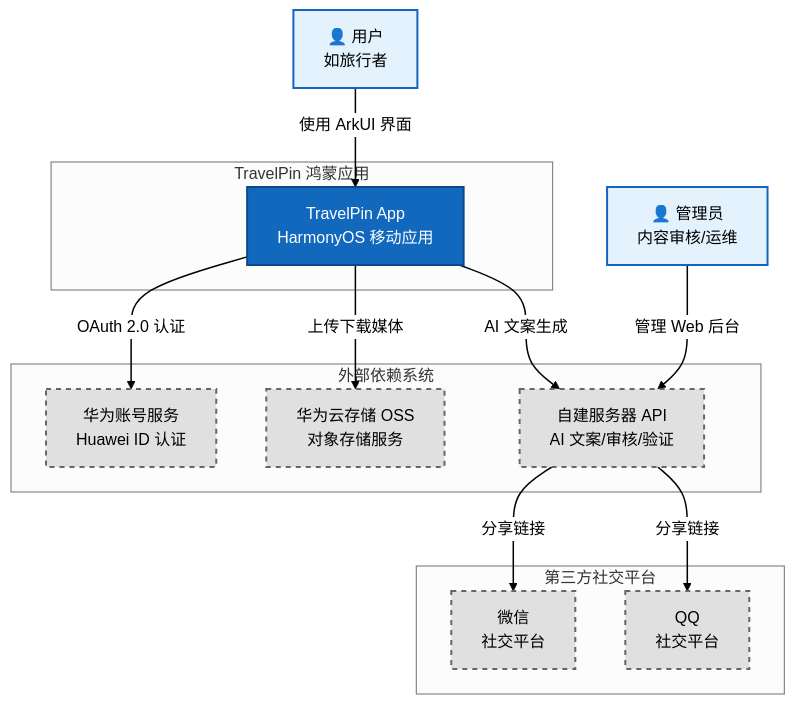
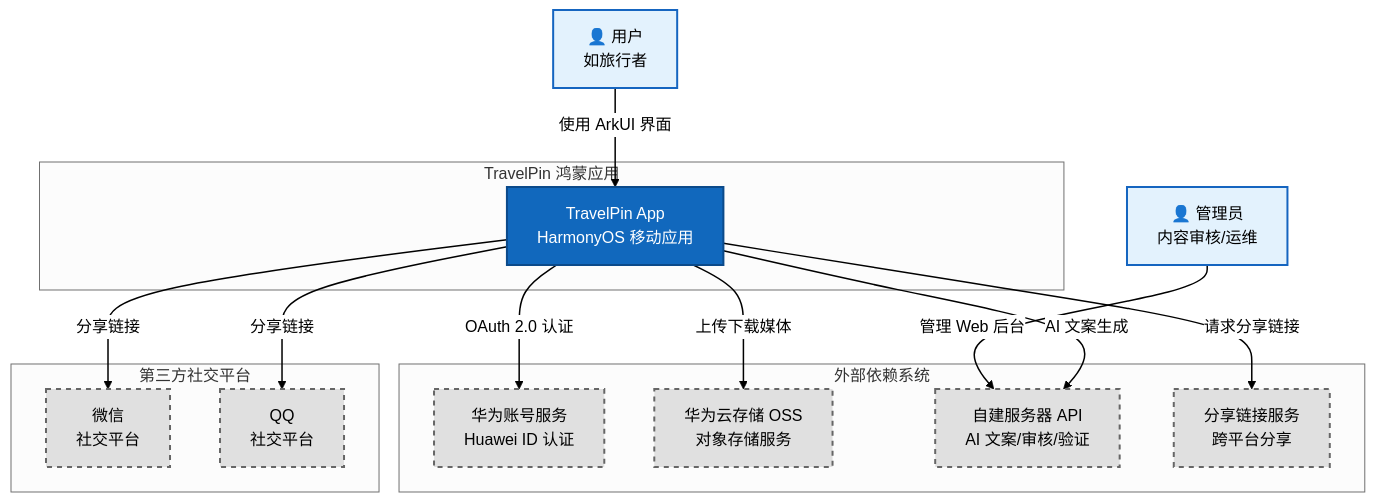
The diagram in references/diagrams/C4_Level1_SystemContext.md (sustech-cs304/team-project-26spring-26s-7), drawn with Mermaid (neutral theme) before and after one commit. The commit also changed 17 other files, not shown here.

Commit message:
docs: UI设计和架构图文档design-team7.md初版形成，请注意不要修改引用文件的相对路径

````diff
--- a/references/diagrams/C4_Level1_SystemContext.md
+++ b/references/diagrams/C4_Level1_SystemContext.md
@@ -10,44 +10,46 @@
 ```mermaid
 flowchart TB
   %% 样式定义
   classDef user fill:#e3f2fd,stroke:#1565c0,stroke-width:2px,color:#000
   classDef app fill:#1168bd,stroke:#0b4a8a,stroke-width:2px,color:#fff
   classDef ext fill:#e0e0e0,stroke:#666666,stroke-width:2px,color:#000,stroke-dasharray:5 5
 
   %% 用户角色
   user["👤 用户<br/>如旅行者"]:::user
   admin["👤 管理员<br/>内容审核/运维"]:::user
 
   %% 本系统
   subgraph AppBoundary["TravelPin 鸿蒙应用"]
     travelpin_app["TravelPin App<br/>HarmonyOS 移动应用"]:::app
   end
 
   %% 外部系统 - 上排
   subgraph External1["外部依赖系统"]
     huawei_account["华为账号服务<br/>Huawei ID 认证"]:::ext
     huawei_cloud["华为云存储 OSS<br/>对象存储服务"]:::ext
     self_hosted_api["自建服务器 API<br/>AI 文案/审核/验证"]:::ext
+    share_link["分享链接服务<br/>跨平台分享"]:::ext
   end
 
   %% 外部系统 - 下排
   subgraph External2["第三方社交平台"]
     wechat["微信<br/>社交平台"]:::ext
     weibo["QQ<br/>社交平台"]:::ext
   end
 
   %% 用户关系
   user -->|使用 ArkUI 界面| travelpin_app
   admin -->|管理 Web 后台| self_hosted_api
 
   %% 系统关系 - 清晰布局
-  travelpin_app -->|OAuth 2.0 认证 | huawei_account
+  travelpin_app -->|OAuth 2.0 认证| huawei_account
   travelpin_app -->|上传下载媒体| huawei_cloud
   travelpin_app -->|AI 文案生成| self_hosted_api
-  
-  self_hosted_api -->|分享链接 | wechat
-  self_hosted_api -->|分享链接 | weibo
+  travelpin_app -->|请求分享链接| share_link
+
+  travelpin_app -->|分享链接| wechat
+  travelpin_app -->|分享链接| weibo
 
   %% 布局优化
   linkStyle default stroke:#000000,stroke-width:1.5px,fill:none
 ```
````
